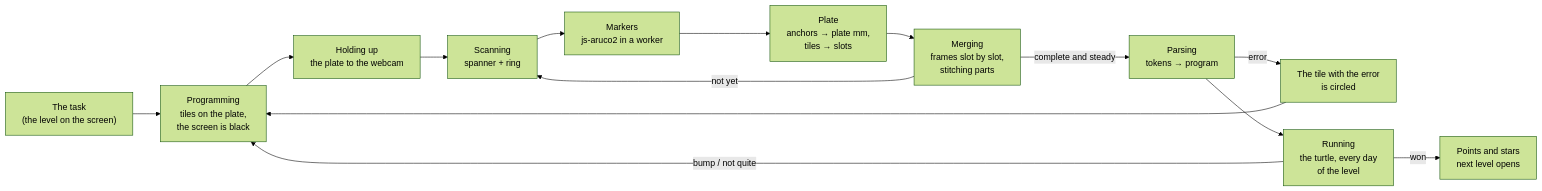
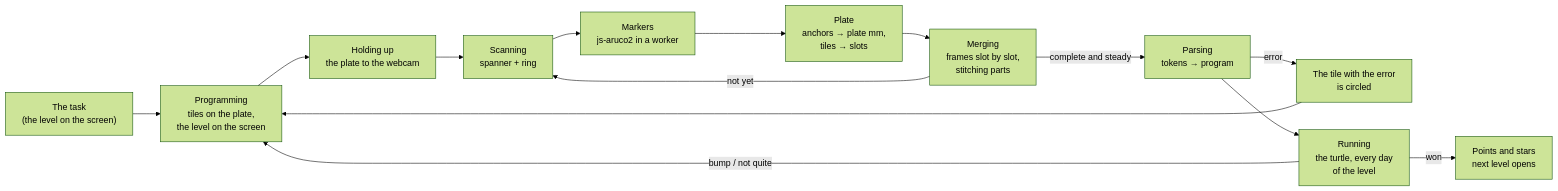
One commit to dinamika-games/tactile-turtle changed the diagram in README.md. Above: the diagram before and after it, drawn with Mermaid (forest theme). The commit also changed other lines of this file and 16 other files, not shown here.

First line of the commit message:
Add a demo of imaginary plates; keep the level on the screen

````diff
--- a/README.md
+++ b/README.md
@@ -9,16 +9,16 @@
 ```mermaid
 flowchart LR
-    A["The task<br/>(the level on the screen)"] --> B["Programming<br/>tiles on the plate,<br/>the screen is black"]
+    A["The task<br/>(the level on the screen)"] --> B["Programming<br/>tiles on the plate,<br/>the level on the screen"]
     B --> C["Holding up<br/>the plate to the webcam"]
     C --> D["Scanning<br/>spanner + ring"]
     D --> E["Markers<br/>js-aruco2 in a worker"]
     E --> F["Plate<br/>anchors → plate mm,<br/>tiles → slots"]
     F --> G["Merging<br/>frames slot by slot,<br/>stitching parts"]
     G -->|complete and steady| H["Parsing<br/>tokens → program"]
     G -->|not yet| D
     H -->|error| I["The tile with the error<br/>is circled"]
     I --> B
     H --> J["Running<br/>the turtle, every day<br/>of the level"]
     J -->|won| K["Points and stars<br/>next level opens"]
     J -->|bump / not quite| B
 ```
````
